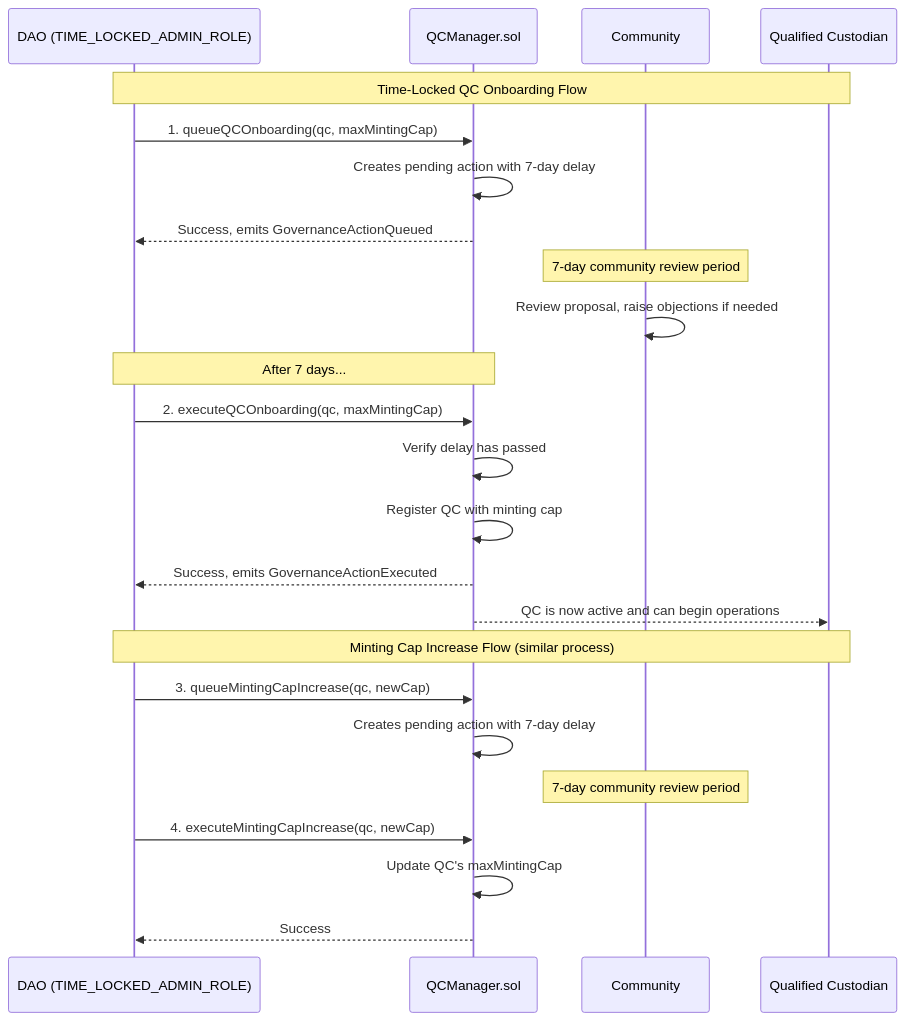
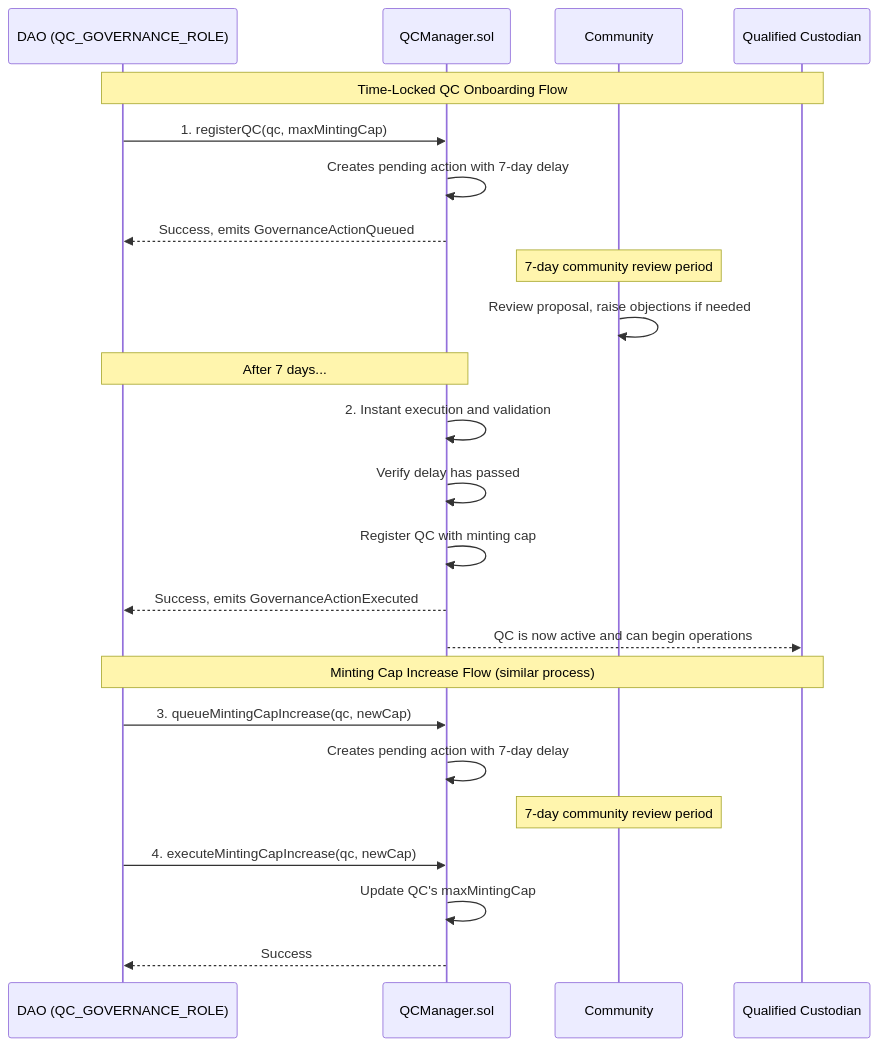
One commit to tlabs-xyz/tbtc-v2 changed the fourth of 4 diagrams in solidity/prd/ARCHITECTURE.md. Above: the diagram before and after it, drawn with Mermaid. The commit also changed other lines of this file and 9 other files, not shown here.

````diff
--- a/solidity/prd/ARCHITECTURE.md
+++ b/solidity/prd/ARCHITECTURE.md
@@ -440,35 +440,35 @@
 ```mermaid
 sequenceDiagram
-    participant DAO as DAO (TIME_LOCKED_ADMIN_ROLE)
+    participant DAO as DAO (QC_GOVERNANCE_ROLE)
     participant Manager as QCManager.sol
     participant Community as Community
     participant QC as Qualified Custodian
 
     Note over DAO, QC: Time-Locked QC Onboarding Flow
 
-    DAO->>Manager: 1. queueQCOnboarding(qc, maxMintingCap)
+    DAO->>Manager: 1. registerQC(qc, maxMintingCap)
     Manager->>Manager: Creates pending action with 7-day delay
     Manager-->>DAO: Success, emits GovernanceActionQueued
 
     Note over Community: 7-day community review period
     Community->>Community: Review proposal, raise objections if needed
 
     Note over DAO, Manager: After 7 days...
 
-    DAO->>Manager: 2. executeQCOnboarding(qc, maxMintingCap)
+    Manager->>Manager: 2. Instant execution and validation
     Manager->>Manager: Verify delay has passed
     Manager->>Manager: Register QC with minting cap
     Manager-->>DAO: Success, emits GovernanceActionExecuted
     Manager-->>QC: QC is now active and can begin operations
 
     Note over DAO, QC: Minting Cap Increase Flow (similar process)
 
     DAO->>Manager: 3. queueMintingCapIncrease(qc, newCap)
     Manager->>Manager: Creates pending action with 7-day delay
 
     Note over Community: 7-day community review period
 
     DAO->>Manager: 4. executeMintingCapIncrease(qc, newCap)
     Manager->>Manager: Update QC's maxMintingCap
     Manager-->>DAO: Success
 ```
````
